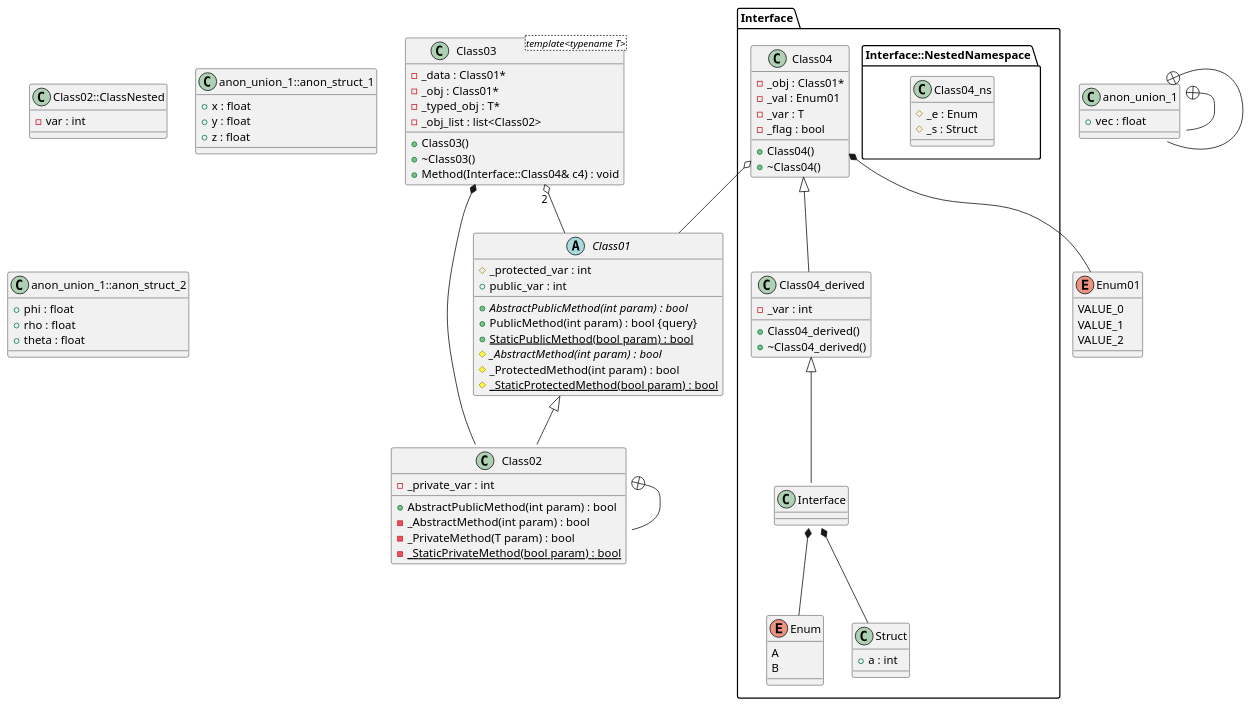
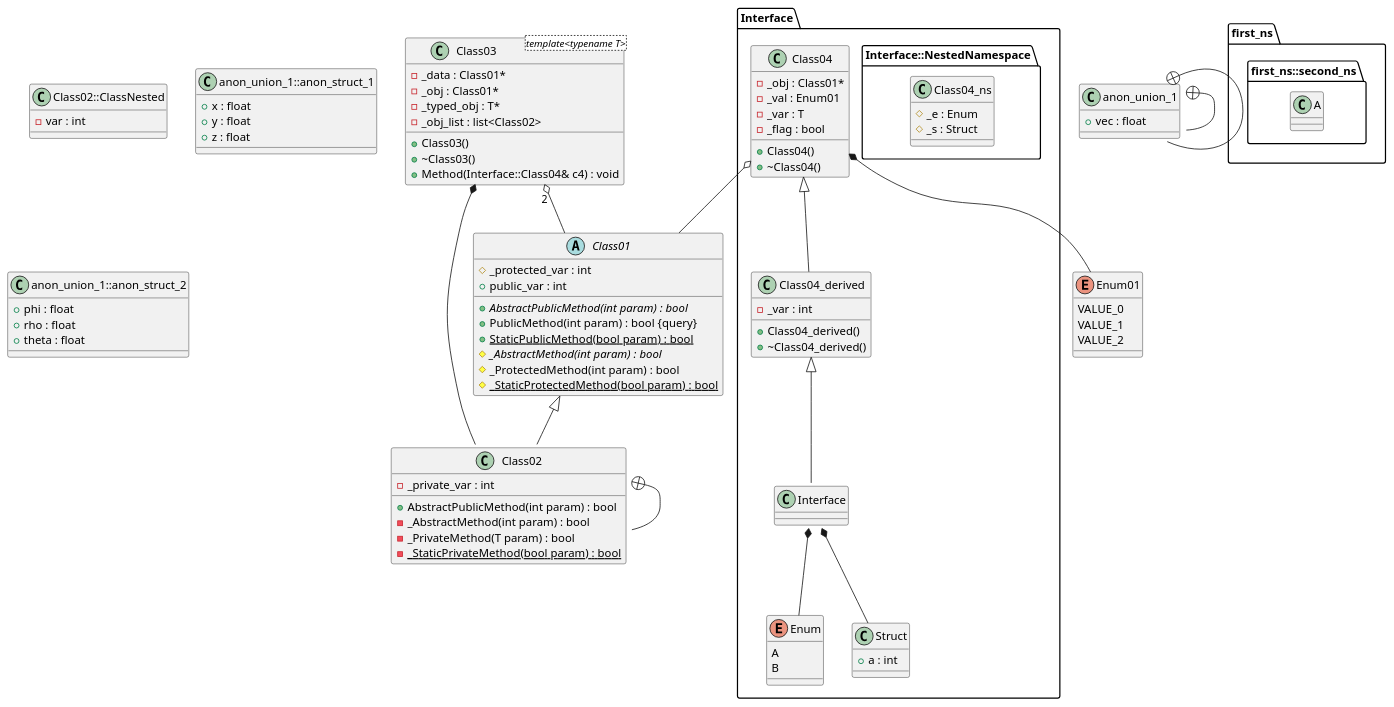
One commit to thibaultmarin/hpp2plantuml changed the third of 4 diagrams in hpp2plantuml.org. Above: the diagram before and after it, drawn with PlantUML. The commit also changed other lines of this file and 7 other files, not shown here.

Commit message:
Fig bug with empty parent namespace (#13)

```diff
--- a/hpp2plantuml.org
+++ b/hpp2plantuml.org
@@ -2787,6 +2810,14 @@
 
 class anon_union_1 {
 	+vec : float
+}
+
+
+namespace first_ns {
+	namespace first_ns::second_ns {
+		class A {
+		}
+	}
 }
 
 
```
